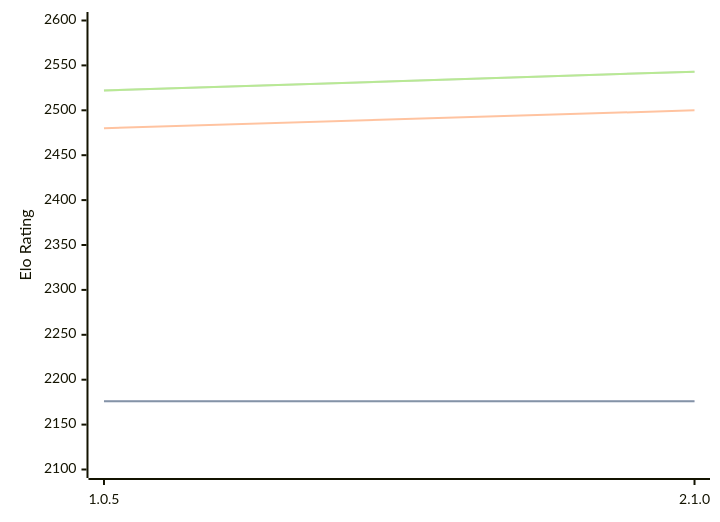
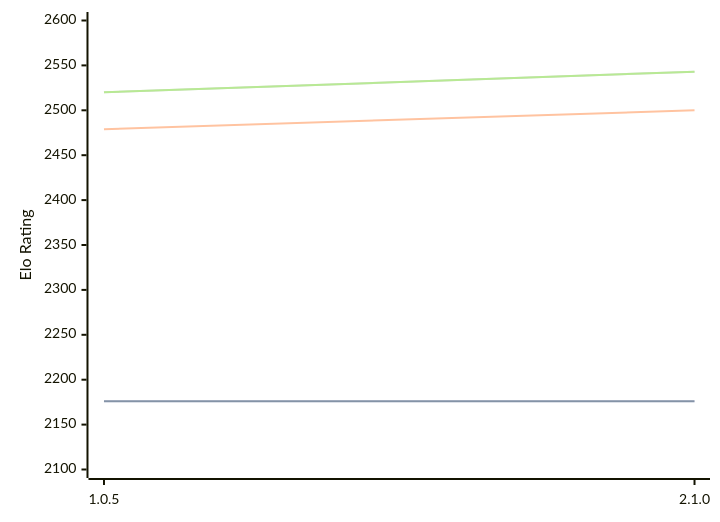
The diagram in engines/Ruffian.md (computer-chess-index/cci), drawn with Mermaid before and after one commit. The commit also changed other lines of this file, not shown here.

Commit message:
Update CCI Ratings (ELO VLTC) - 2026-04-17

````diff
--- a/engines/Ruffian.md
+++ b/engines/Ruffian.md
@@ -32,11 +32,11 @@
 ```mermaid
 %%{init: {"theme":"base","themeVariables":{"seriesColors:['#a3a3a3','#222221','#faa371']}}}%%
 xychart-beta
   x-axis ["1.0.5", "2.1.0"]
   y-axis "Elo Rating" 2100 --> 2600
   line "STC (8.0+0.08s)" [2176, 2176]
   line "STC (8.0+0.08s)" [2176, 2176]
-  line "LTC (60.0+0.60s)" [2480, 2500]
-  line "VLTC (2m24s+1.12s)" [2522, 2543]
-  line "VLTC (2m24s+1.12s)" [2522, 2543]
+  line "LTC (60.0+0.60s)" [2479, 2500]
+  line "VLTC (2m24s+1.12s)" [2520, 2543]
+  line "VLTC (2m24s+1.12s)" [2520, 2543]
 ```
````
